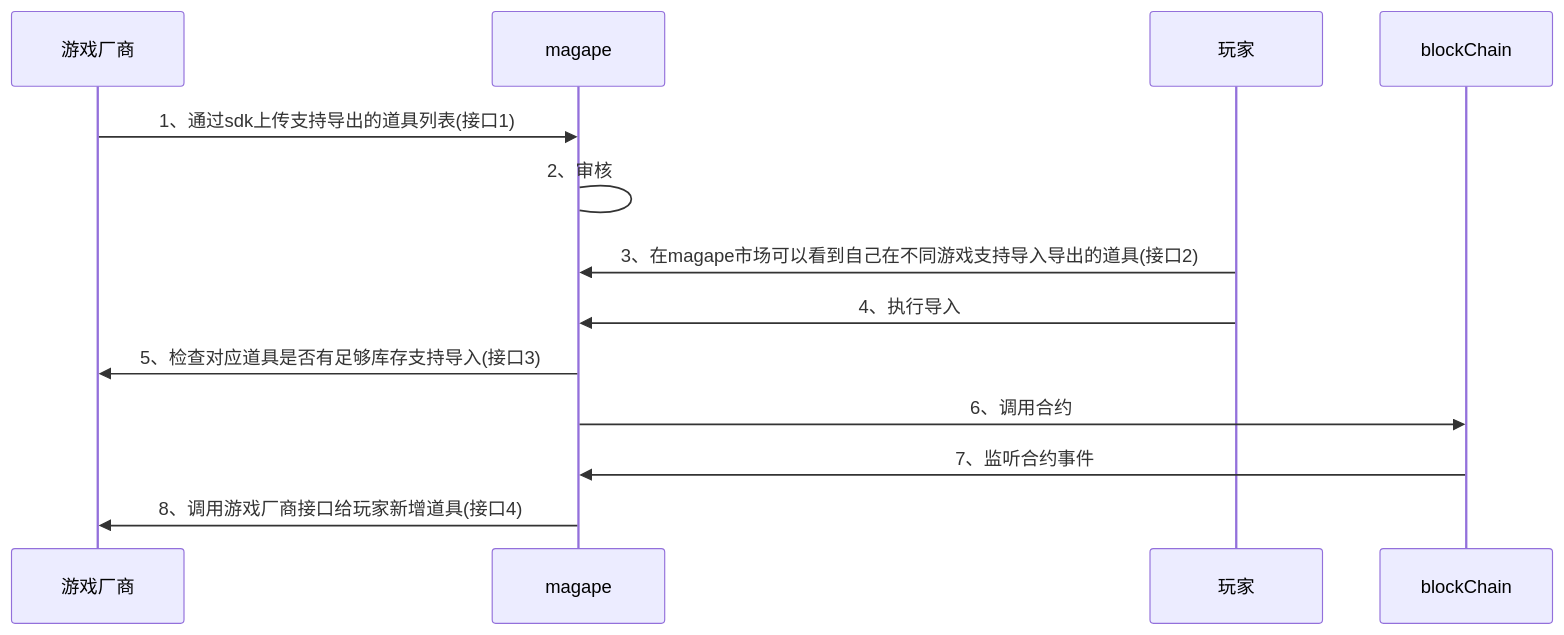
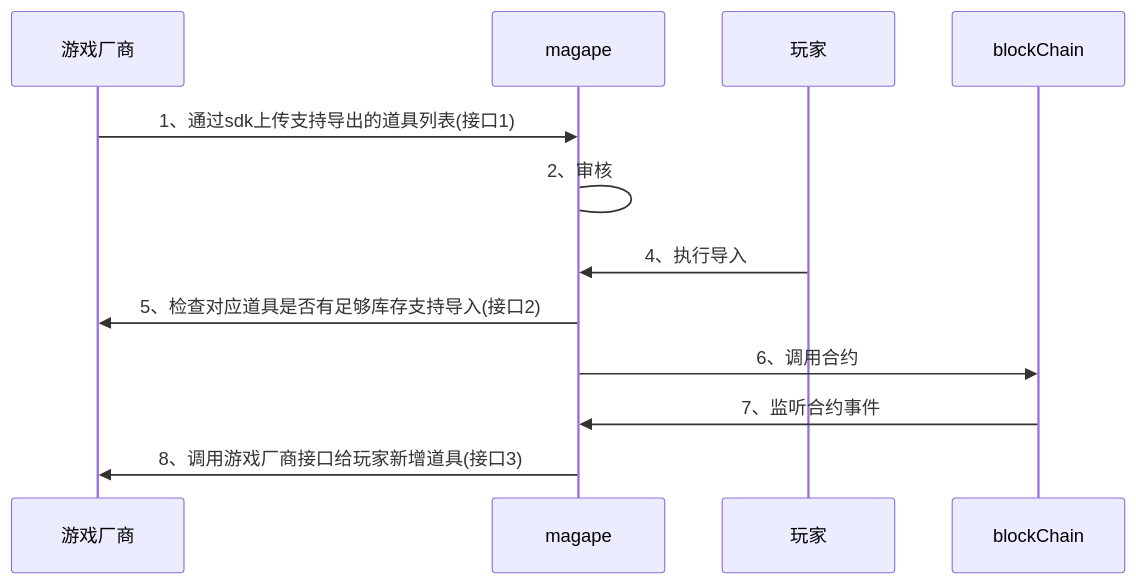
One commit to magape-io/sdk changed the first of 3 diagrams in README_CN.md. Above: the diagram before and after it, drawn with Mermaid. The commit also changed other lines of this file, not shown here.

````diff
--- a/README_CN.md
+++ b/README_CN.md
@@ -8,14 +8,13 @@
 ```mermaid
 sequenceDiagram
     participant 游戏厂商
     participant magape
     participant 玩家
     		游戏厂商 ->> magape: 1、通过sdk上传支持导出的道具列表(接口1)
 		magape -> magape: 2、审核
-		玩家 ->> magape: 3、在magape市场可以看到自己在不同游戏支持导入导出的道具(接口2)
 		玩家 ->> magape: 4、执行导入
-		magape ->> 游戏厂商: 5、检查对应道具是否有足够库存支持导入(接口3)
+		magape ->> 游戏厂商: 5、检查对应道具是否有足够库存支持导入(接口2)
 		magape ->> blockChain: 6、调用合约
 		blockChain ->> magape: 7、监听合约事件
-		magape ->> 游戏厂商: 8、调用游戏厂商接口给玩家新增道具(接口4)
+		magape ->> 游戏厂商: 8、调用游戏厂商接口给玩家新增道具(接口3)
 ```
````
